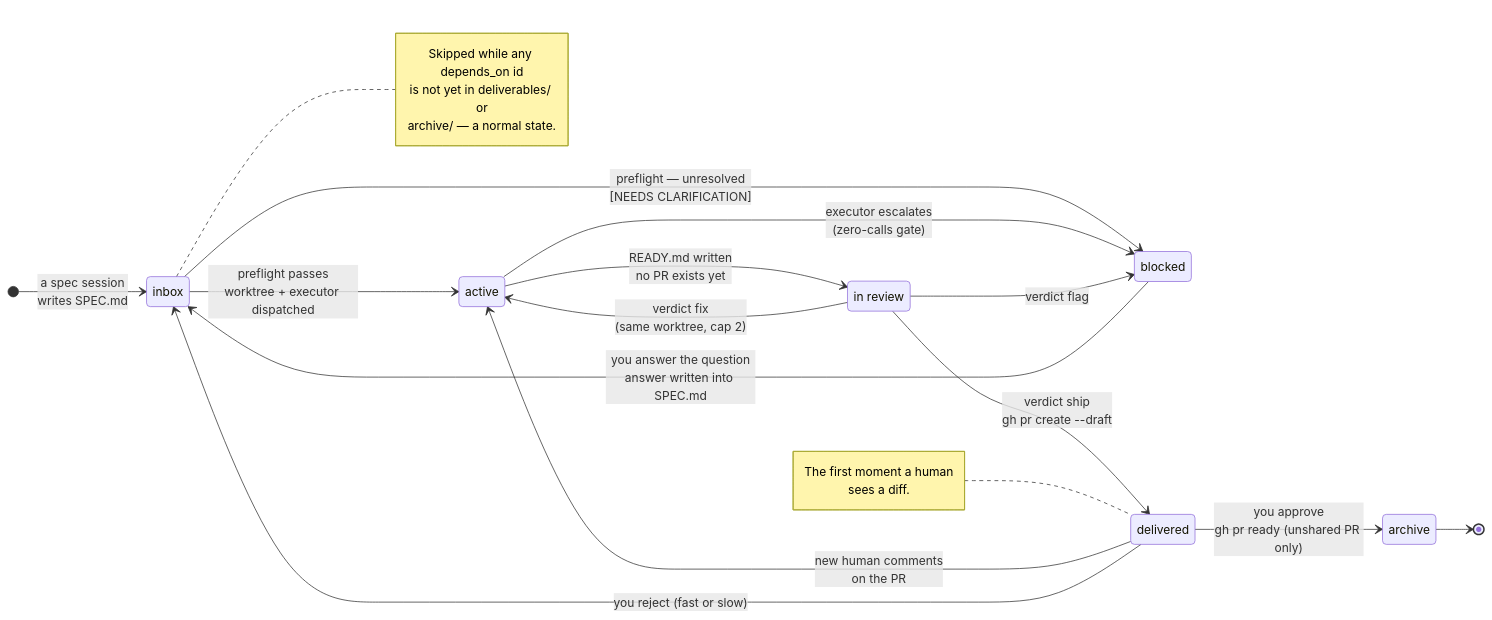
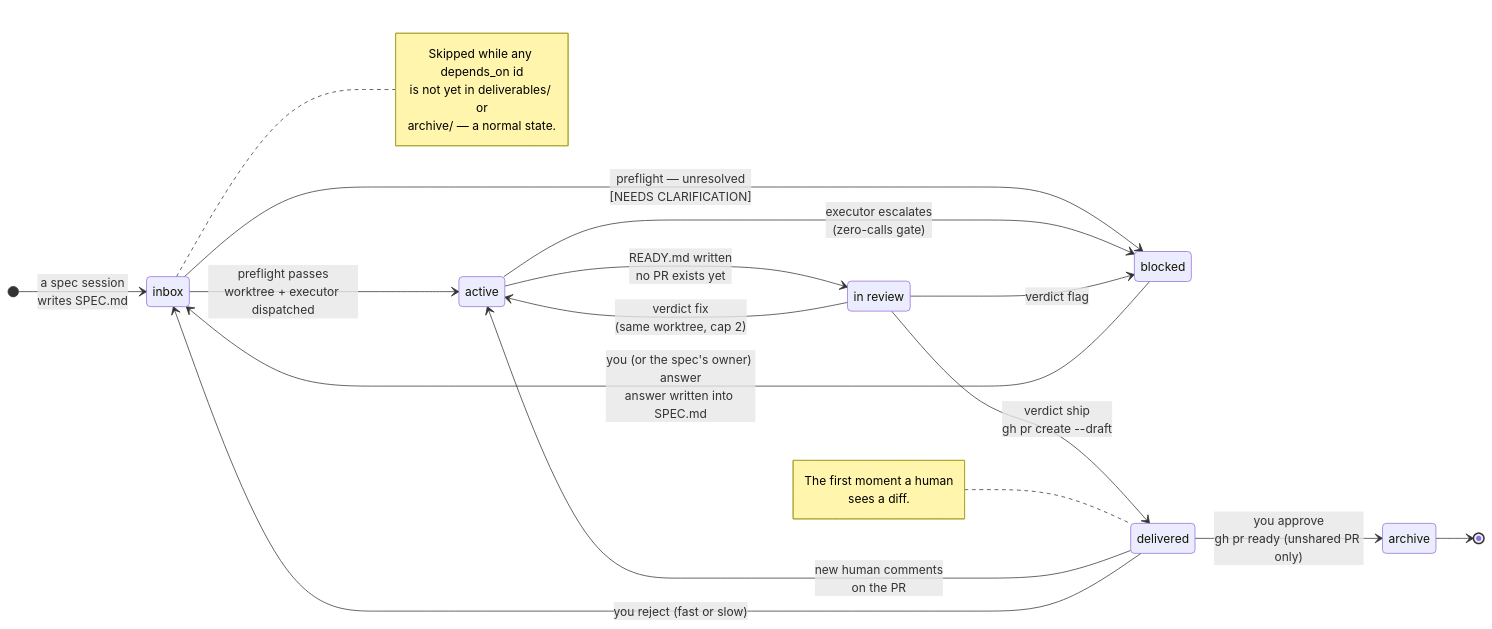
One commit to phspagiari/drydock changed the diagram in docs/ARCHITECTURE.md. Above: the diagram before and after it, drawn with Mermaid. The commit also changed other lines of this file and 3 other files, not shown here.

````diff
--- a/docs/ARCHITECTURE.md
+++ b/docs/ARCHITECTURE.md
@@ -77,34 +77,34 @@
 ```mermaid
 stateDiagram-v2
     direction LR
 
     [*] --> inbox : a spec session<br/>writes SPEC.md
 
     inbox --> blocked : preflight — unresolved<br/>[NEEDS CLARIFICATION]
     inbox --> active : preflight passes<br/>worktree + executor dispatched
     note right of inbox
         Skipped while any depends_on id
         is not yet in deliverables/ or
         archive/ — a normal state.
     end note
 
     active --> blocked : executor escalates<br/>(zero-calls gate)
     active --> in_review : READY.md written<br/>no PR exists yet
 
     state "in review" as in_review
     in_review --> active : verdict fix<br/>(same worktree, cap 2)
     in_review --> blocked : verdict flag
     in_review --> delivered : verdict ship<br/>gh pr create --draft
 
-    blocked --> inbox : you answer the question<br/>answer written into SPEC.md
+    blocked --> inbox : you (or the spec's owner) answer<br/>answer written into SPEC.md
 
     delivered --> active : new human comments<br/>on the PR
     delivered --> inbox : you reject (fast or slow)
     delivered --> archive : you approve<br/>gh pr ready (unshared PR only)
     archive --> [*]
 
     note left of delivered
         The first moment a human
         sees a diff.
     end note
 ```
````
